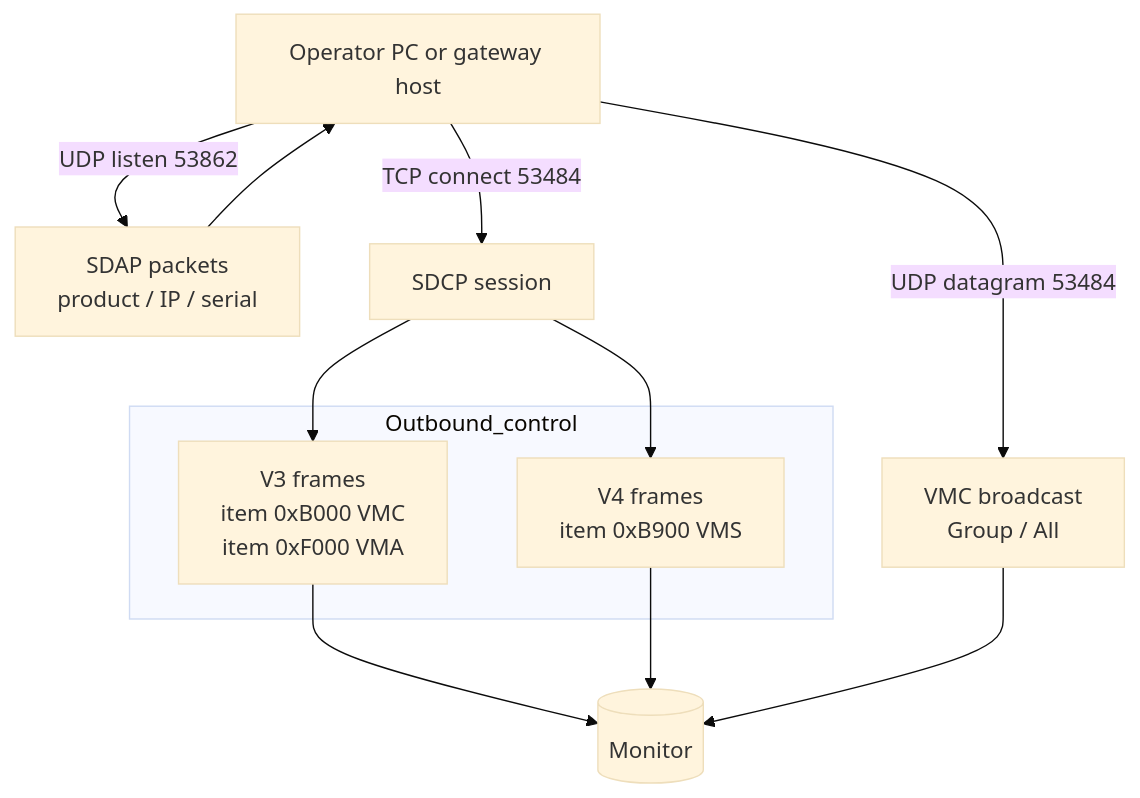
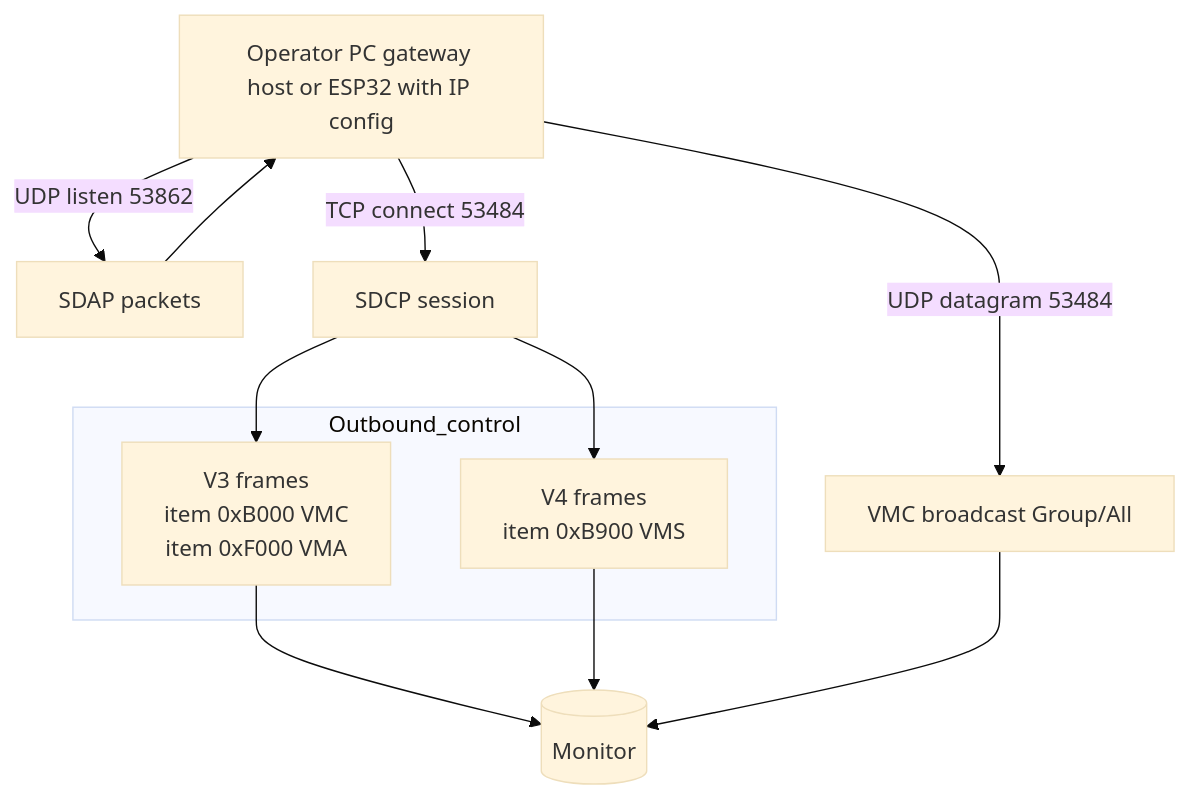
The third of 13 diagrams in docs/diagrams/monitor-control-flows.md (andrew867/MonitorControlSDK), drawn with Mermaid (base theme) before and after one commit. The commit also changed other lines of this file and 23 other files, not shown here.

First line of the commit message:
docs: diagrams and cross-refs for ESP32 native SDCP, Python proxy

````diff
--- a/docs/diagrams/monitor-control-flows.md
+++ b/docs/diagrams/monitor-control-flows.md
@@ -53,20 +100,20 @@
 ```mermaid
 flowchart TB
-  Host[Operator PC or gateway host]
+  Host[Operator PC gateway host or ESP32 with IP config]
 
   subgraph Outbound_control
     V3["V3 frames<br/>item 0xB000 VMC<br/>item 0xF000 VMA"]
     V4["V4 frames<br/>item 0xB900 VMS"]
   end
 
-  Host -->|UDP listen 53862| SDAP_rx["SDAP packets<br/>product / IP / serial"]
+  Host -->|UDP listen 53862| SDAP_rx["SDAP packets"]
   SDAP_rx --> Host
 
   Host -->|TCP connect 53484| SDCP_sock[SDCP session]
-  Host -->|UDP datagram 53484| SDCP_udp[VMC broadcast<br/>Group / All]
+  Host -->|UDP datagram 53484| SDCP_udp[VMC broadcast Group/All]
   SDCP_sock --> V3
   SDCP_sock --> V4
   V3 --> Mon[(Monitor)]
   V4 --> Mon
   SDCP_udp --> Mon
 ```
````
